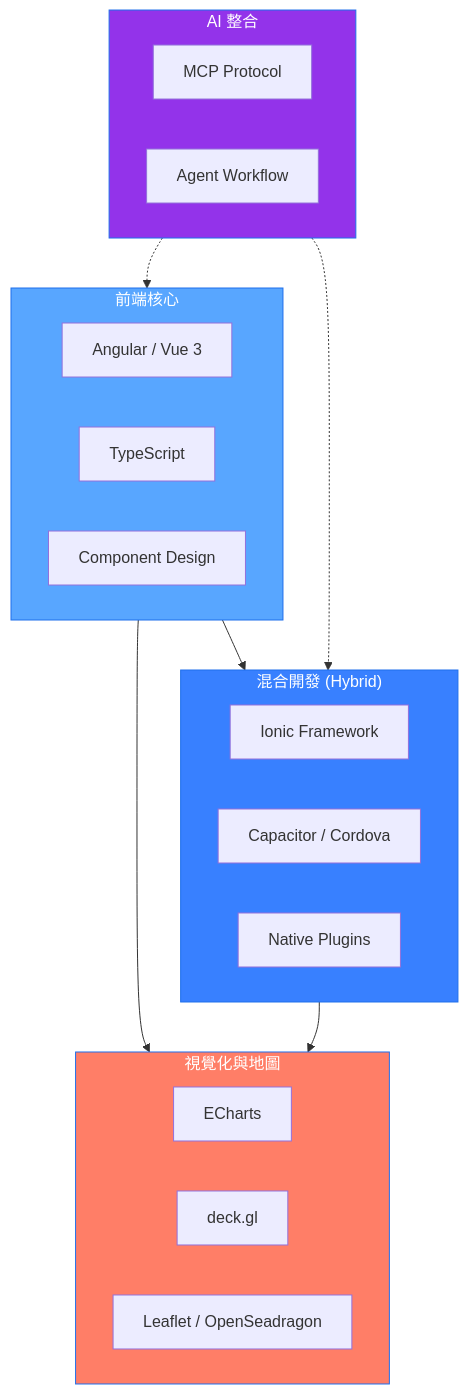
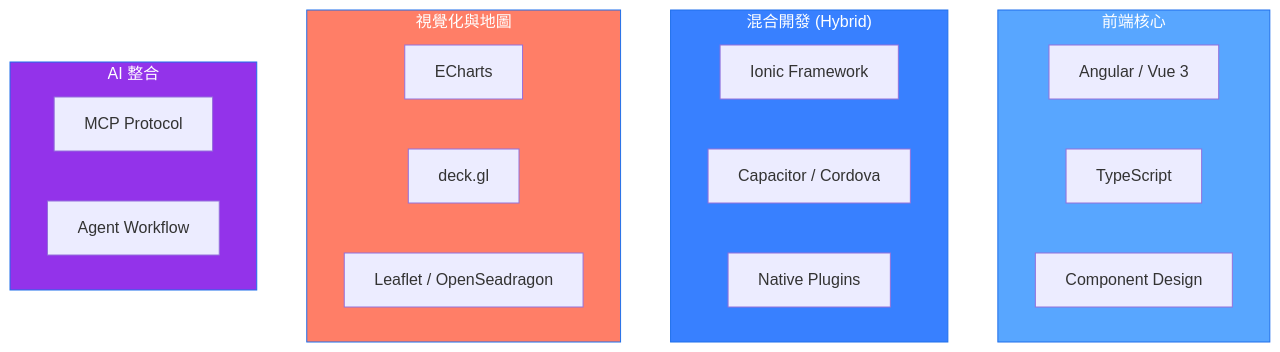
One commit to Yang-tzu-yi/Yang-tzu-yi changed the diagram in README.md. Above: the diagram before and after it, drawn with Mermaid. The commit also changed other lines of this file, not shown here.

````diff
--- a/README.md
+++ b/README.md
@@ -49,36 +56,32 @@
 ```mermaid
 graph TB
     subgraph Frontend["前端核心"]
         A1[Angular / Vue 3]
         A2[TypeScript]
         A3[Component Design]
     end
 
     subgraph Mobile["混合開發 (Hybrid)"]
         M1[Ionic Framework]
         M2[Capacitor / Cordova]
         M3[Native Plugins]
     end
     
     subgraph Visualization["視覺化與地圖"]
         B1[ECharts]
         B2[deck.gl]
         B3[Leaflet / OpenSeadragon]
     end
     
     subgraph AI["AI 整合"]
         C1[MCP Protocol]
         C2[Agent Workflow]
     end
     
-    Frontend --> Mobile
-    Frontend --> Visualization
-    Mobile --> Visualization
-    AI -.-> Frontend
-    AI -.-> Mobile
+
     
     style Frontend fill:#58A6FF,stroke:#1F6FEB,color:#fff
     style Mobile fill:#3880FF,stroke:#1F6FEB,color:#fff
     style Visualization fill:#FF7E67,stroke:#1F6FEB,color:#fff
     style AI fill:#9333EA,stroke:#1F6FEB,color:#fff
 ```
````
